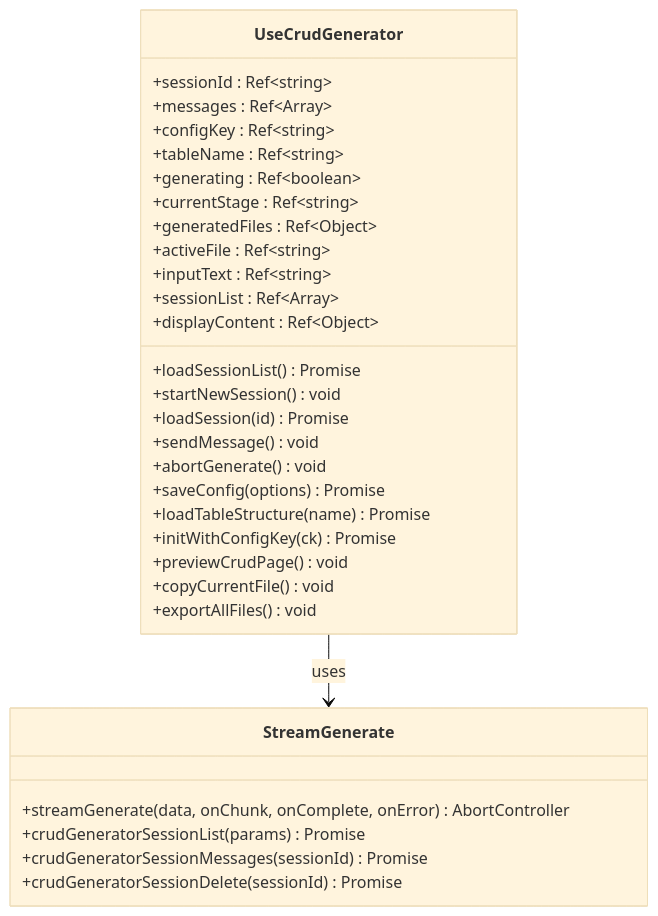
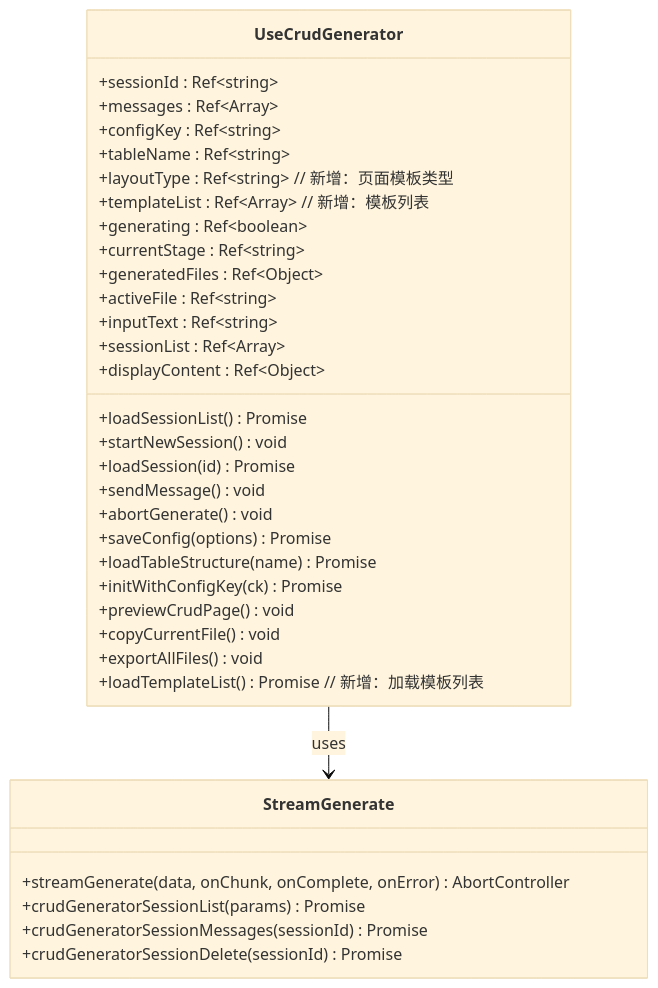
The second of 14 diagrams in .qoder/repowiki/zh/content/核心功能模块/AI CRUD生成器.md (yaomindong1996/forge-admin), drawn with Mermaid (base theme) before and after one commit. The commit also changed other lines of this file and 7 other files, not shown here.

````diff
--- a/.qoder/repowiki/zh/content/核心功能模块/AI CRUD生成器.md
+++ b/.qoder/repowiki/zh/content/核心功能模块/AI CRUD生成器.md
@@ -94,34 +120,37 @@
 ```mermaid
 classDiagram
 class UseCrudGenerator {
 +sessionId : Ref~string~
 +messages : Ref~Array~
 +configKey : Ref~string~
 +tableName : Ref~string~
++layoutType : Ref~string~ // 新增：页面模板类型
++templateList : Ref~Array~ // 新增：模板列表
 +generating : Ref~boolean~
 +currentStage : Ref~string~
 +generatedFiles : Ref~Object~
 +activeFile : Ref~string~
 +inputText : Ref~string~
 +sessionList : Ref~Array~
 +displayContent : Ref~Object~
 +loadSessionList() Promise
 +startNewSession() void
 +loadSession(id) Promise
 +sendMessage() void
 +abortGenerate() void
 +saveConfig(options) Promise
 +loadTableStructure(name) Promise
 +initWithConfigKey(ck) Promise
 +previewCrudPage() void
 +copyCurrentFile() void
 +exportAllFiles() void
++loadTemplateList() Promise // 新增：加载模板列表
 }
 class StreamGenerate {
 +streamGenerate(data, onChunk, onComplete, onError) AbortController
 +crudGeneratorSessionList(params) Promise
 +crudGeneratorSessionMessages(sessionId) Promise
 +crudGeneratorSessionDelete(sessionId) Promise
 }
 UseCrudGenerator --> StreamGenerate : uses
 ```
````
